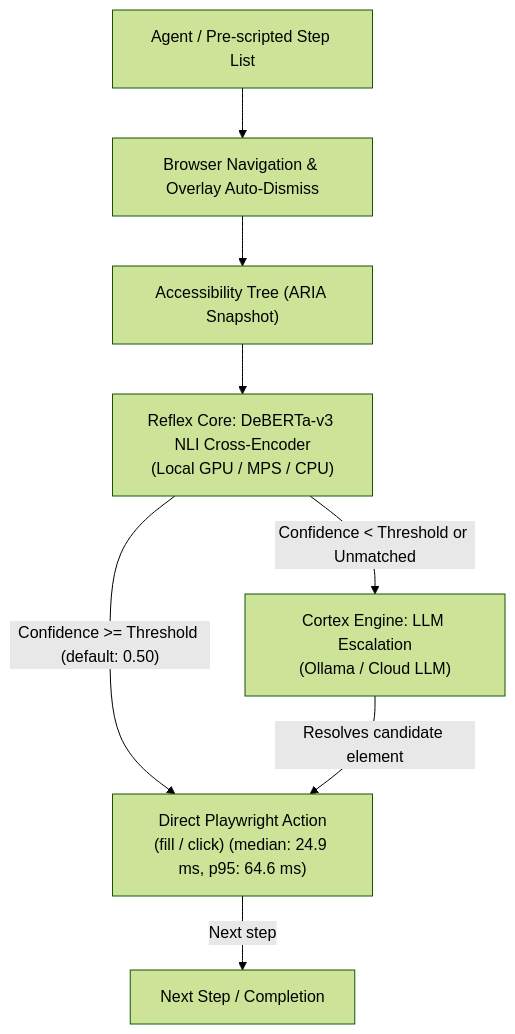
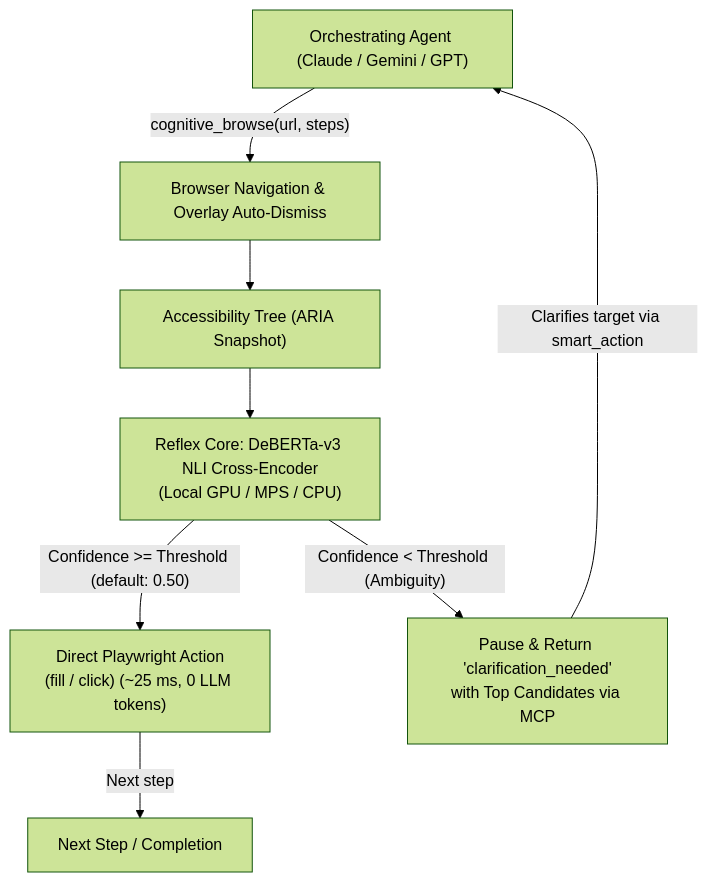
The diagram in README.md (mikita12/cognitive-browser), drawn with Mermaid (forest theme) before and after one commit. The commit also changed other lines of this file, not shown here.

Commit message:
docs(architecture): update README for v0.2.0 agent-in-the-loop workflow

````diff
--- a/README.md
+++ b/README.md
@@ -36,14 +36,14 @@
 ```mermaid
 flowchart TD
-    User["Agent / Pre-scripted Step List"] --> Nav["Browser Navigation & Overlay Auto-Dismiss"]
+    User["Orchestrating Agent (Claude / Gemini / GPT)"] -->|"cognitive_browse(url, steps)"| Nav["Browser Navigation & Overlay Auto-Dismiss"]
     Nav --> Snapshot["Accessibility Tree (ARIA Snapshot)"]
     
     Snapshot --> Reflex["Reflex Core: DeBERTa-v3 NLI Cross-Encoder\n(Local GPU / MPS / CPU)"]
     
-    Reflex -- "Confidence >= Threshold (default: 0.50)" --> Exec["Direct Playwright Action\n(fill / click) (median: 24.9 ms, p95: 64.6 ms)"]
+    Reflex -- "Confidence >= Threshold (default: 0.50)" --> Exec["Direct Playwright Action\n(fill / click) (~25 ms, 0 LLM tokens)"]
     
-    Reflex -- "Confidence < Threshold or Unmatched" --> Cortex["Cortex Engine: LLM Escalation\n(Ollama / Cloud LLM)"]
-    Cortex -->|"Resolves candidate element"| Exec
+    Reflex -- "Confidence < Threshold (Ambiguity)" --> Esc["Pause & Return 'clarification_needed'\nwith Top Candidates via MCP"]
+    Esc -->|"Clarifies target via smart_action"| User
     
     Exec -->|"Next step"| Next["Next Step / Completion"]
 ```
````
